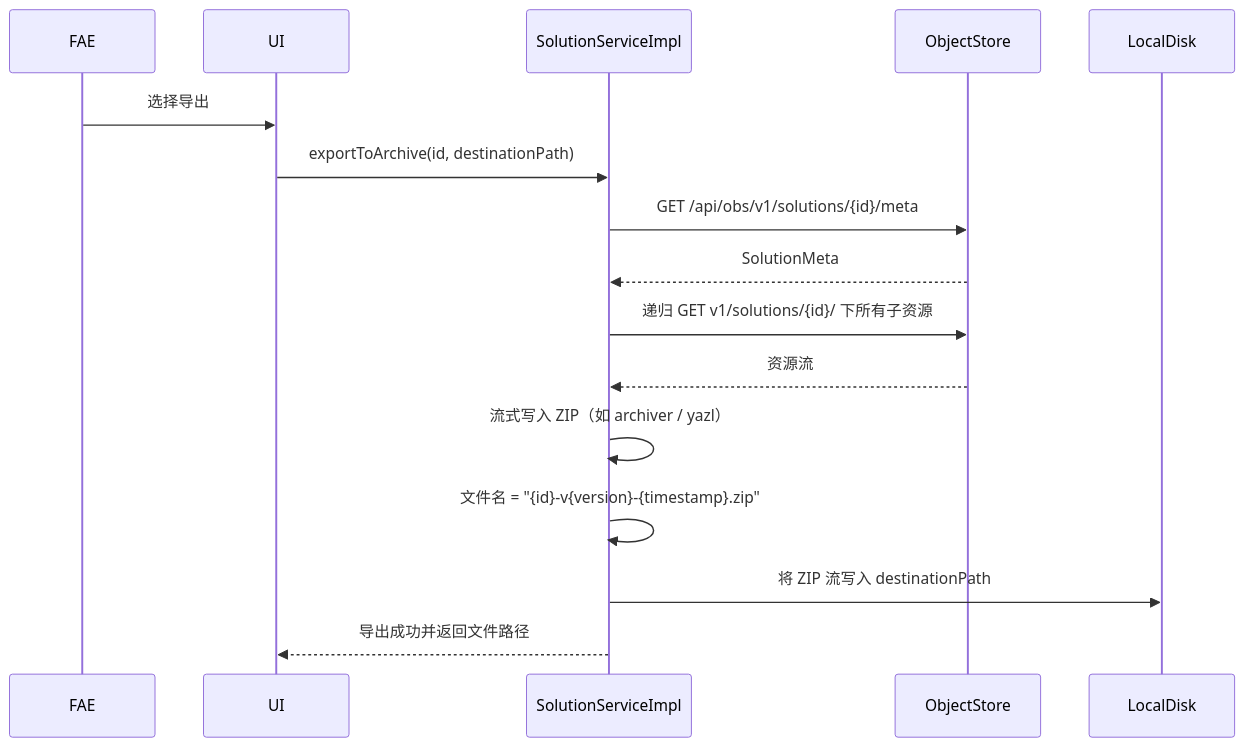
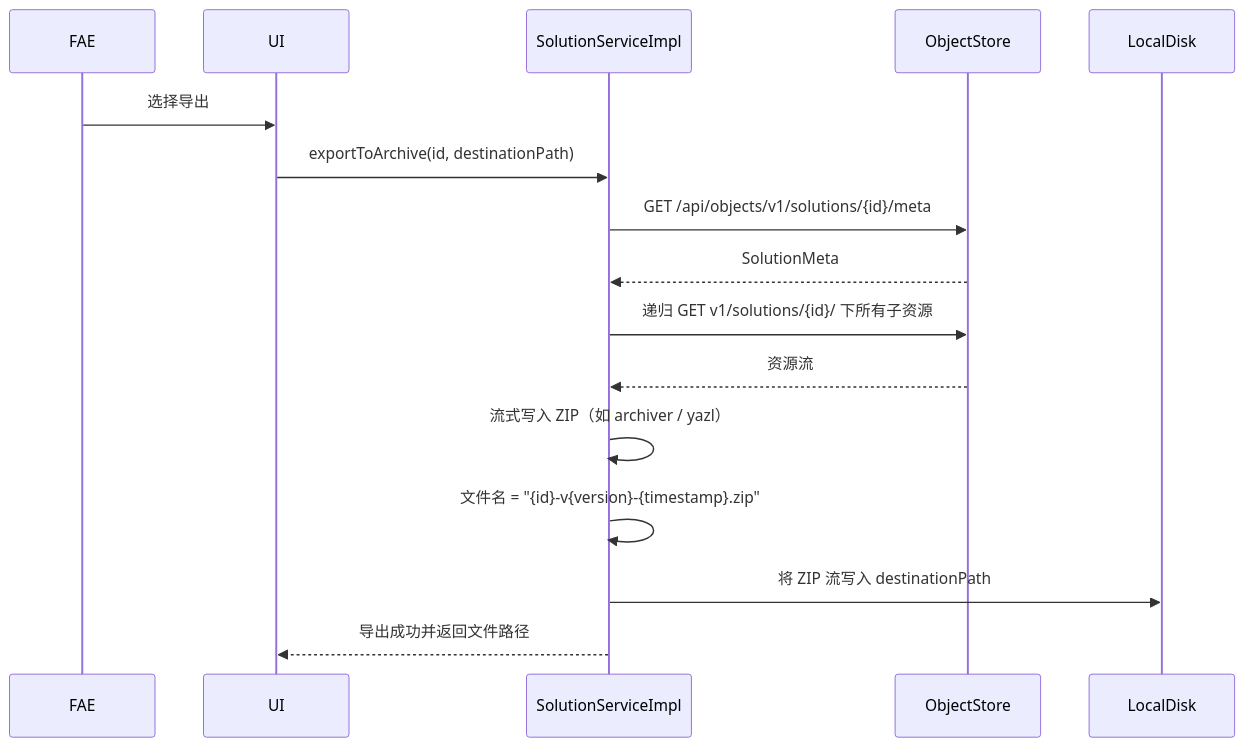
The sixth of 11 diagrams in documents/design/solution_management_design.md (etrita005/syrius-robotops), drawn with Mermaid before and after one commit. The commit also changed other lines of this file and 42 other files, not shown here.

````diff
--- a/documents/design/solution_management_design.md
+++ b/documents/design/solution_management_design.md
@@ -531,19 +521,19 @@
 ```mermaid
 sequenceDiagram
     participant FAE
     participant UI
     participant SSI as SolutionServiceImpl
     participant OS as ObjectStore
     participant LD as LocalDisk
 
     FAE->>UI: 选择导出
     UI->>SSI: exportToArchive(id, destinationPath)
-    SSI->>OS: GET /api/obs/v1/solutions/{id}/meta
+    SSI->>OS: GET /api/objects/v1/solutions/{id}/meta
     OS-->>SSI: SolutionMeta
     SSI->>OS: 递归 GET v1/solutions/{id}/ 下所有子资源
     OS-->>SSI: 资源流
     SSI->>SSI: 流式写入 ZIP（如 archiver / yazl）
     SSI->>SSI: 文件名 = "{id}-v{version}-{timestamp}.zip"
     SSI->>LD: 将 ZIP 流写入 destinationPath
     SSI-->>UI: 导出成功并返回文件路径
 ```
````
